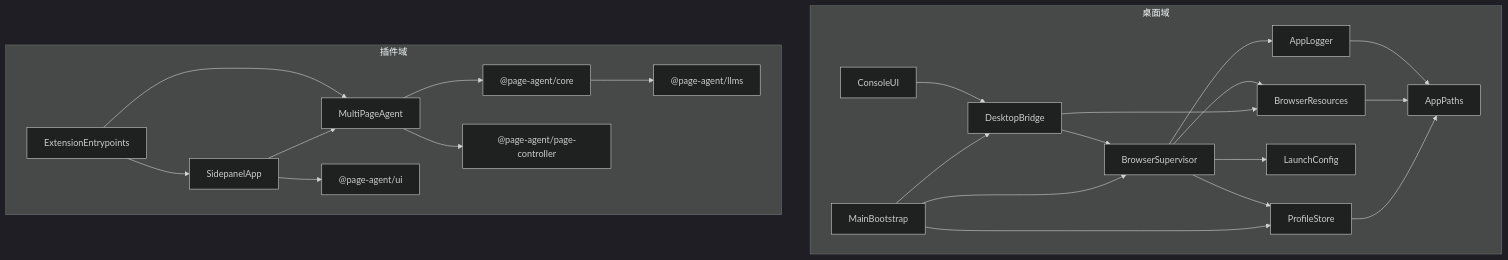
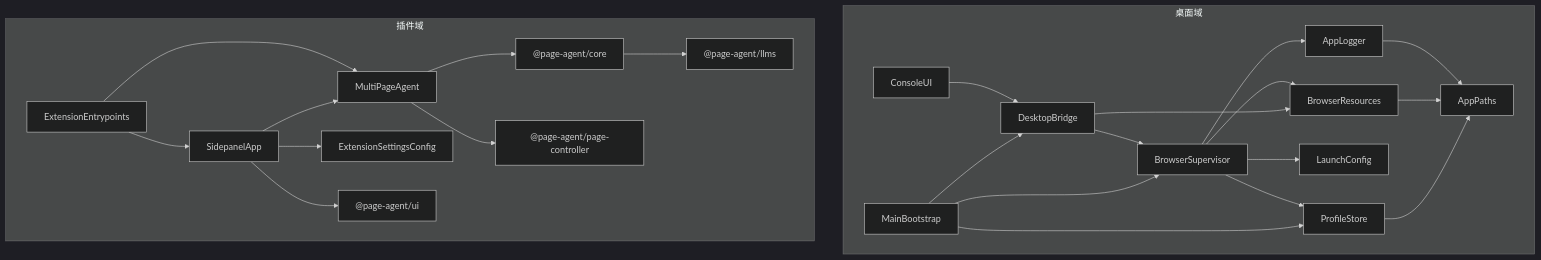
The diagram in .project.agents/docs/context/ARCHITECTURE.md (SmartSunruiyang/WenXue), drawn with Mermaid (dark theme) before and after one commit. The commit also changed other lines of this file and 19 other files, not shown here.

````diff
--- a/.project.agents/docs/context/ARCHITECTURE.md
+++ b/.project.agents/docs/context/ARCHITECTURE.md
@@ -205,27 +215,28 @@
 ```mermaid
 graph TD
     subgraph 桌面域
         MainBootstrap --> DesktopBridge
         MainBootstrap --> BrowserSupervisor
         MainBootstrap --> ProfileStore
         ConsoleUI --> DesktopBridge
         DesktopBridge --> BrowserSupervisor
         DesktopBridge --> BrowserResources
         BrowserSupervisor --> LaunchConfig
         BrowserSupervisor --> BrowserResources
         BrowserSupervisor --> ProfileStore
         BrowserSupervisor --> AppLogger
         ProfileStore --> AppPaths
         BrowserResources --> AppPaths
         AppLogger --> AppPaths
     end
     subgraph 插件域
         ExtensionEntrypoints --> SidepanelApp
         ExtensionEntrypoints --> MultiPageAgent
         SidepanelApp --> MultiPageAgent
+        SidepanelApp --> ExtensionSettingsConfig
         SidepanelApp --> PA_UI["@page-agent/ui"]
         MultiPageAgent --> PA_CORE["@page-agent/core"]
         MultiPageAgent --> PA_PC["@page-agent/page-controller"]
         PA_CORE --> PA_LLMS["@page-agent/llms"]
     end
 ```
````
